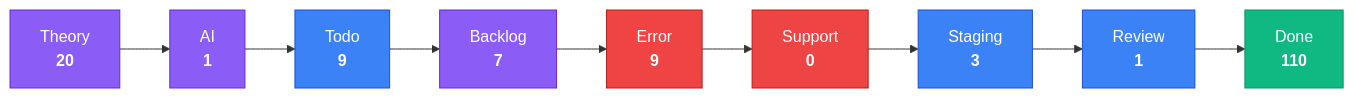
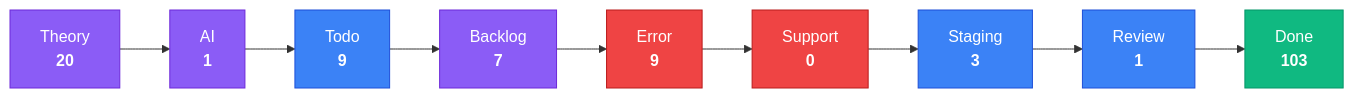
One commit to KBVE/kbve changed the third of 4 diagrams in apps/kbve/astro-kbve/src/content/docs/dashboard/kanban-data.mdx. Above: the diagram before and after it, drawn with Mermaid. The commit also changed other lines of this file and 7 other files, not shown here.

````diff
--- a/apps/kbve/astro-kbve/src/content/docs/dashboard/kanban-data.mdx
+++ b/apps/kbve/astro-kbve/src/content/docs/dashboard/kanban-data.mdx
@@ -80,28 +80,28 @@
 ```mermaid
 flowchart LR
     classDef planning fill:#8b5cf6,stroke:#6d28d9,color:#fff
     classDef active fill:#3b82f6,stroke:#1d4ed8,color:#fff
     classDef blocked fill:#ef4444,stroke:#b91c1c,color:#fff
     classDef done fill:#10b981,stroke:#059669,color:#fff
     Theory["Theory<br/><strong>20</strong>"]
     Theory --> AI
     AI["AI<br/><strong>1</strong>"]
     AI --> Todo
     Todo["Todo<br/><strong>9</strong>"]
     Todo --> Backlog
     Backlog["Backlog<br/><strong>7</strong>"]
     Backlog --> Error
     Error["Error<br/><strong>9</strong>"]
     Error --> Support
     Support["Support<br/><strong>0</strong>"]
     Support --> Staging
     Staging["Staging<br/><strong>3</strong>"]
     Staging --> Review
     Review["Review<br/><strong>1</strong>"]
     Review --> Done
-    Done["Done<br/><strong>110</strong>"]
+    Done["Done<br/><strong>103</strong>"]
     class Theory,AI,Backlog planning
     class Todo,Staging,Review active
     class Error,Support blocked
     class Done done
 ```
````
